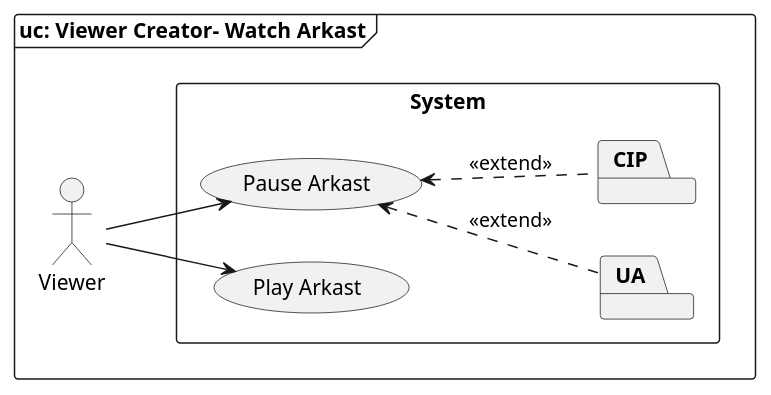
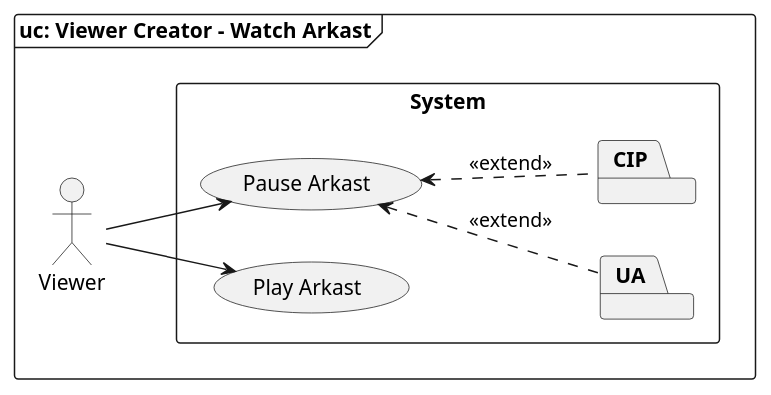
The diagram in models/1.UseCase/3.1.UseCase.puml (SSMM0498/arkad-conception), drawn with PlantUML before and after one commit. The commit also changed 2 other files, not shown here.

Commit message:
impl : recorder stat diagram

```diff
--- a/models/1.UseCase/3.1.UseCase.puml
+++ b/models/1.UseCase/3.1.UseCase.puml
@@ -1,25 +1,25 @@
 @startuml UseCase
 left to right direction
 skinparam shadowing false
 skinparam monochrome true
 
-frame "uc: Viewer Creator- Watch Arkast" {
+frame "uc: Viewer Creator - Watch Arkast" {
     actor Viewer
     ' actor Creator
 
     rectangle System {
         :Viewer: --> (Play Arkast)
         :Viewer: --> (Pause Arkast)
 
         (Pause Arkast) <.. UA : <<extend>>
         (Pause Arkast) <.. CIP : <<extend>>
 
         package "Use Arkad" as UA {
         }
 
         package "Manage Interaction Point" as CIP {
         }
     }
 }
 
 @enduml
```
